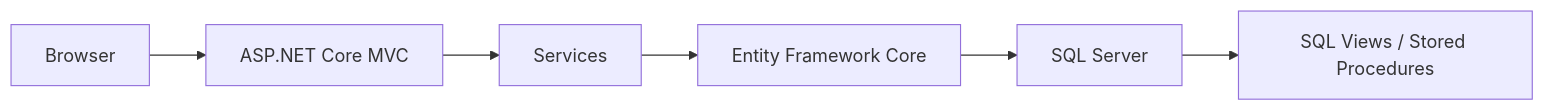
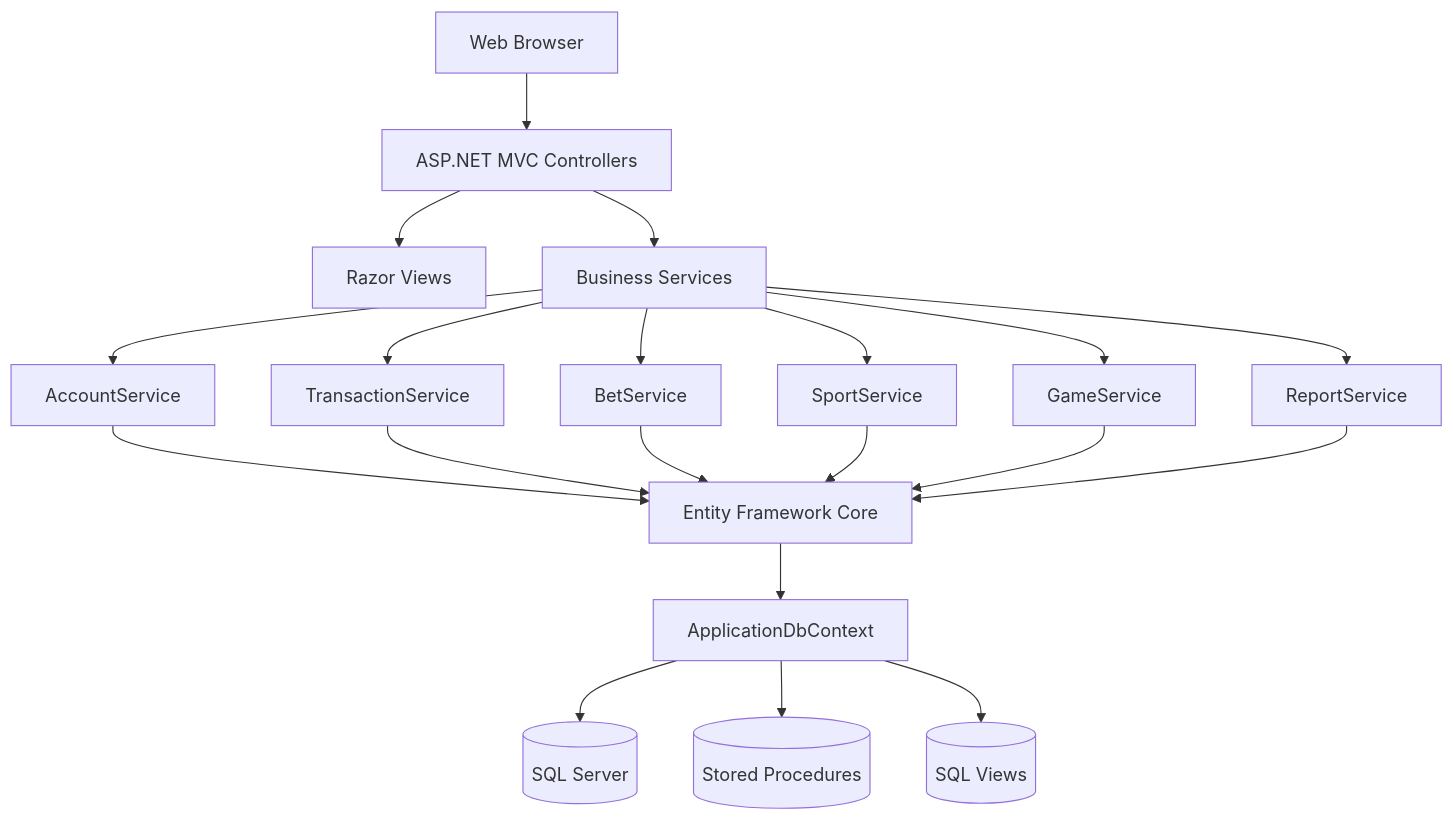
One commit to KL-Mdanjelwa/SpinaBets changed the second of 6 diagrams in SpinaBets_Full_Documentation.md. Above: the diagram before and after it, drawn with Mermaid. The commit also changed other lines of this file, not shown here.

````diff
--- a/SpinaBets_Full_Documentation.md
+++ b/SpinaBets_Full_Documentation.md
@@ -74,8 +100,53 @@
 ```mermaid
-flowchart LR
-Browser-->MVC["ASP.NET Core MVC"]
-MVC-->Services
-Services-->EF["Entity Framework Core"]
-EF-->SQL["SQL Server"]
-SQL-->Views["SQL Views / Stored Procedures"]
+flowchart TD
+
+Browser[Web Browser]
+
+Controllers[ASP.NET MVC Controllers]
+
+Views[Razor Views]
+
+Services[Business Services]
+
+AccountService[AccountService]
+TransactionService[TransactionService]
+BetService[BetService]
+SportService[SportService]
+GameService[GameService]
+ReportService[ReportService]
+
+EF[Entity Framework Core]
+
+DbContext[ApplicationDbContext]
+
+SQL[(SQL Server)]
+
+StoredProc[(Stored Procedures)]
+
+ViewsDB[(SQL Views)]
+
+Browser --> Controllers
+Controllers --> Views
+
+Controllers --> Services
+
+Services --> AccountService
+Services --> TransactionService
+Services --> BetService
+Services --> SportService
+Services --> GameService
+Services --> ReportService
+
+AccountService --> EF
+TransactionService --> EF
+BetService --> EF
+SportService --> EF
+GameService --> EF
+ReportService --> EF
+
+EF --> DbContext
+
+DbContext --> SQL
+DbContext --> StoredProc
+DbContext --> ViewsDB
 ```
````
